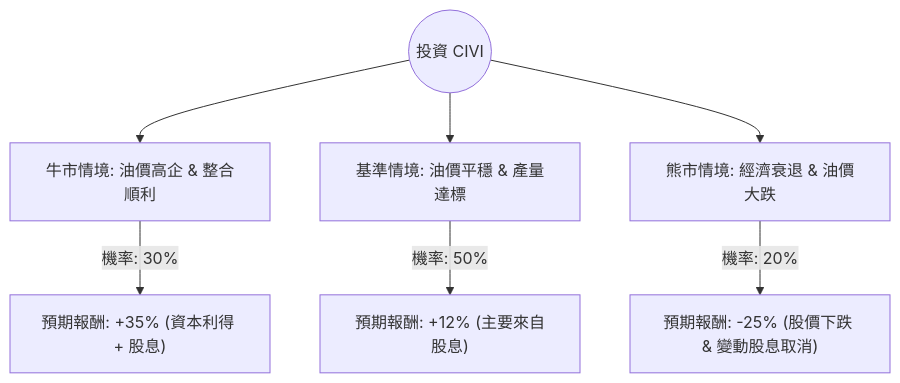
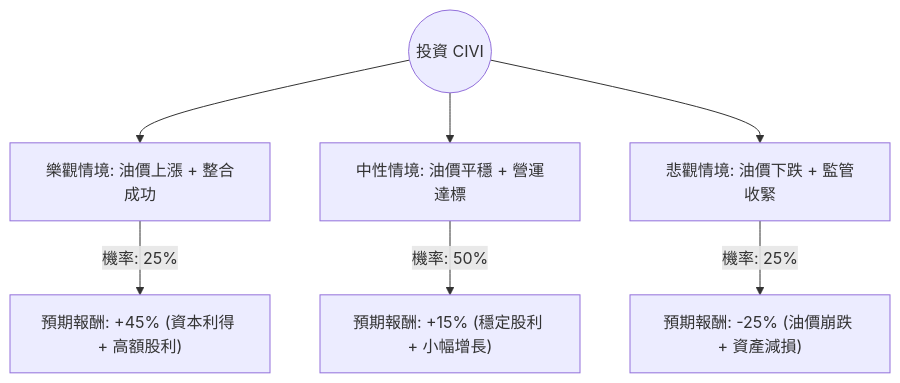
Before and after one commit to zmcx16/zmcx16.github.io: the diagram in plugin-react/ai-analysis/ev-analysis/CIVI.md, drawn with Mermaid. The commit also changed other lines of this file and 70 other files, not shown here.

````diff
--- a/plugin-react/ai-analysis/ev-analysis/CIVI.md
+++ b/plugin-react/ai-analysis/ev-analysis/CIVI.md
@@ -20,10 +22,10 @@
 ```mermaid
 graph TD
-    Start((投資 CIVI)) --> Bull[牛市情境: 油價高企 & 整合順利]
-    Start --> Base[基準情境: 油價平穩 & 產量達標]
-    Start --> Bear[熊市情境: 經濟衰退 & 油價大跌]
+    Start((投資 CIVI)) --> Bull[樂觀情境: 油價上漲 + 整合成功]
+    Start --> Base[中性情境: 油價平穩 + 營運達標]
+    Start --> Bear[悲觀情境: 油價下跌 + 監管收緊]
 
-    Bull -- "機率: 30%" --> BullVal["預期報酬: +35% (資本利得 + 股息)"]
-    Base -- "機率: 50%" --> BaseVal["預期報酬: +12% (主要來自股息)"]
-    Bear -- "機率: 20%" --> BearVal["預期報酬: -25% (股價下跌 & 變動股息取消)"]
+    Bull -- "機率: 25%" --> BullResult["預期報酬: +45% (資本利得 + 高額股利)"]
+    Base -- "機率: 50%" --> BaseResult["預期報酬: +15% (穩定股利 + 小幅增長)"]
+    Bear -- "機率: 25%" --> BearResult["預期報酬: -25% (油價崩跌 + 資產減損)"]
 ```
````
